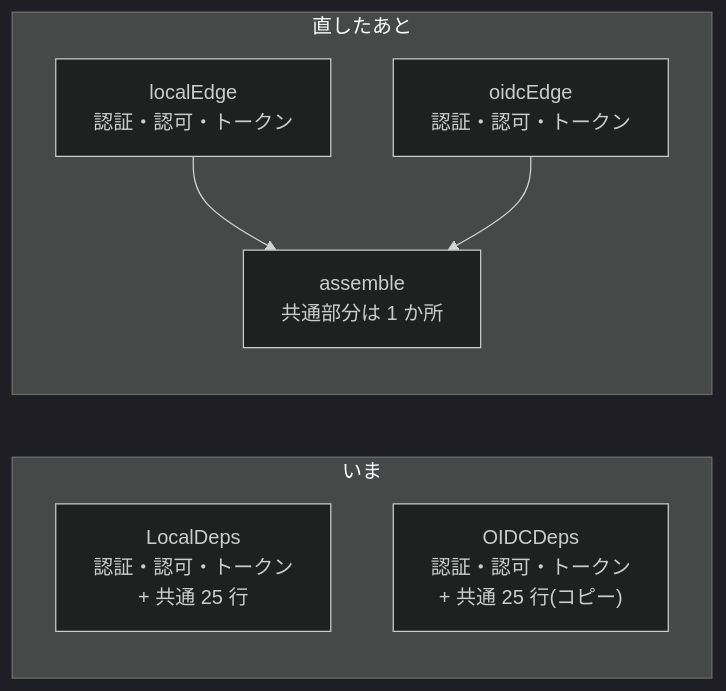
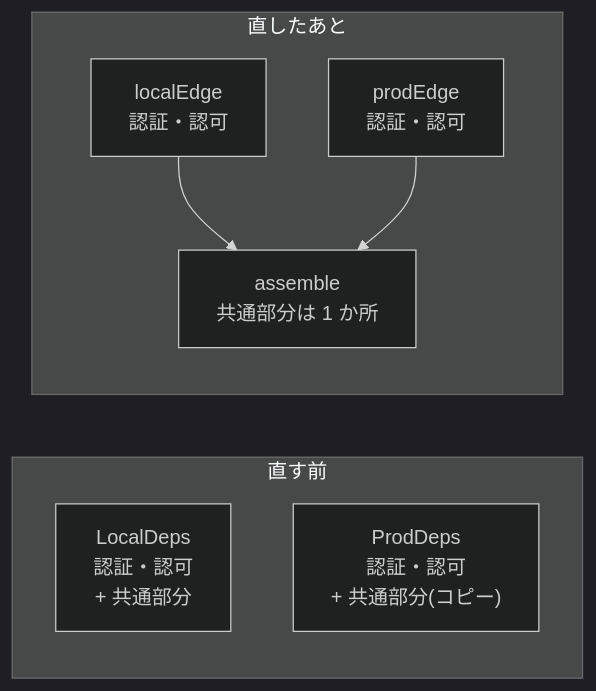
Before and after one commit to rikukaInoue/rikukadev: the third of 6 diagrams in src/content/blog/go-di-library-when.mdx, drawn with Mermaid (dark theme). The commit also changed other lines of this file, not shown here.

````diff
--- a/src/content/blog/go-di-library-when.mdx
+++ b/src/content/blog/go-di-library-when.mdx
@@ -148,11 +219,11 @@
 ```mermaid
 graph LR
-    subgraph before["いま"]
-        L1["LocalDeps<br/>認証・認可・トークン<br/>+ 共通 25 行"]
-        O1["OIDCDeps<br/>認証・認可・トークン<br/>+ 共通 25 行(コピー)"]
+    subgraph before["直す前"]
+        L1["LocalDeps<br/>認証・認可<br/>+ 共通部分"]
+        P1["ProdDeps<br/>認証・認可<br/>+ 共通部分(コピー)"]
     end
     subgraph after["直したあと"]
-        L2["localEdge<br/>認証・認可・トークン"] --> A["assemble<br/>共通部分は 1 か所"]
-        O2["oidcEdge<br/>認証・認可・トークン"] --> A
+        L2["localEdge<br/>認証・認可"] --> A["assemble<br/>共通部分は 1 か所"]
+        P2["prodEdge<br/>認証・認可"] --> A
     end
 ```
````
